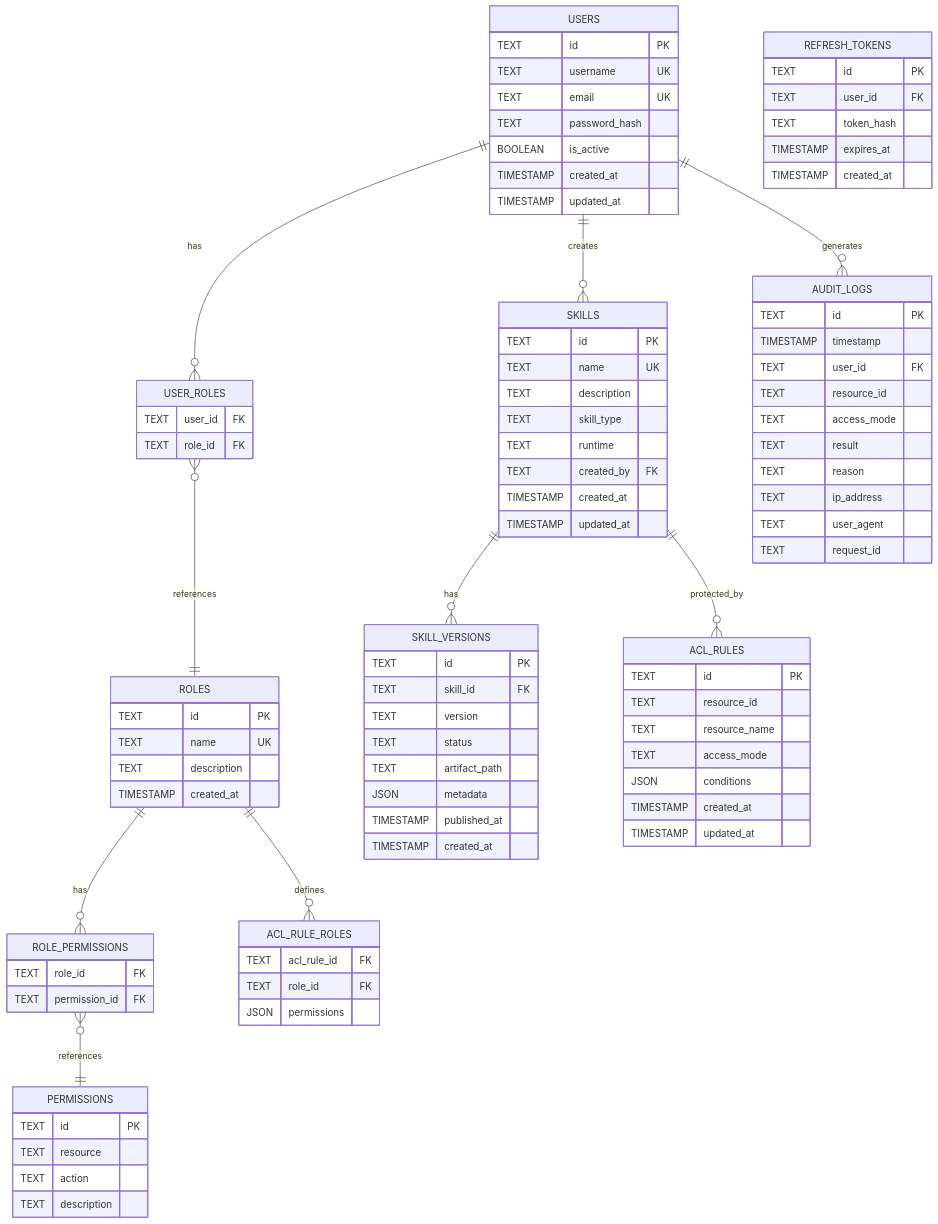
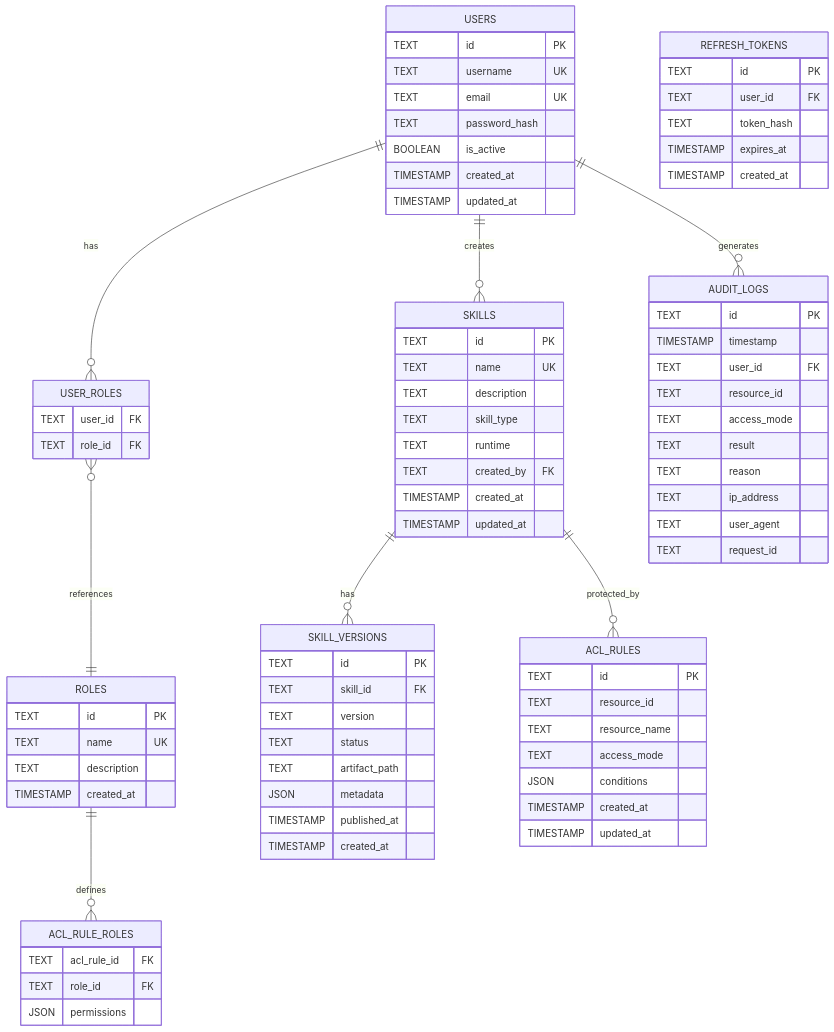
The diagram in docs/data-model.md (yixuanzi/skillhub), drawn with Mermaid before and after one commit. The commit also changed other lines of this file and 47 other files, not shown here.

First line of the commit message:
refactor(rbac): reduce roles to super_admin/admin/user and drop the permission matrix

```diff
--- a/docs/data-model.md
+++ b/docs/data-model.md
@@ -20,8 +20,6 @@
 erDiagram
     USERS ||--o{ USER_ROLES : has
     USER_ROLES }o--|| ROLES : references
-    ROLES ||--o{ ROLE_PERMISSIONS : has
-    ROLE_PERMISSIONS }o--|| PERMISSIONS : references
 
     USERS ||--o{ SKILLS : creates
     SKILLS ||--o{ SKILL_VERSIONS : has
@@ -48,21 +46,9 @@
         TIMESTAMP created_at
     }
 
-    PERMISSIONS {
-        TEXT id PK
-        TEXT resource
-        TEXT action
-        TEXT description
-    }
-
     USER_ROLES {
         TEXT user_id FK
         TEXT role_id FK
-    }
-
-    ROLE_PERMISSIONS {
-        TEXT role_id FK
-        TEXT permission_id FK
     }
 
     SKILLS {
```
